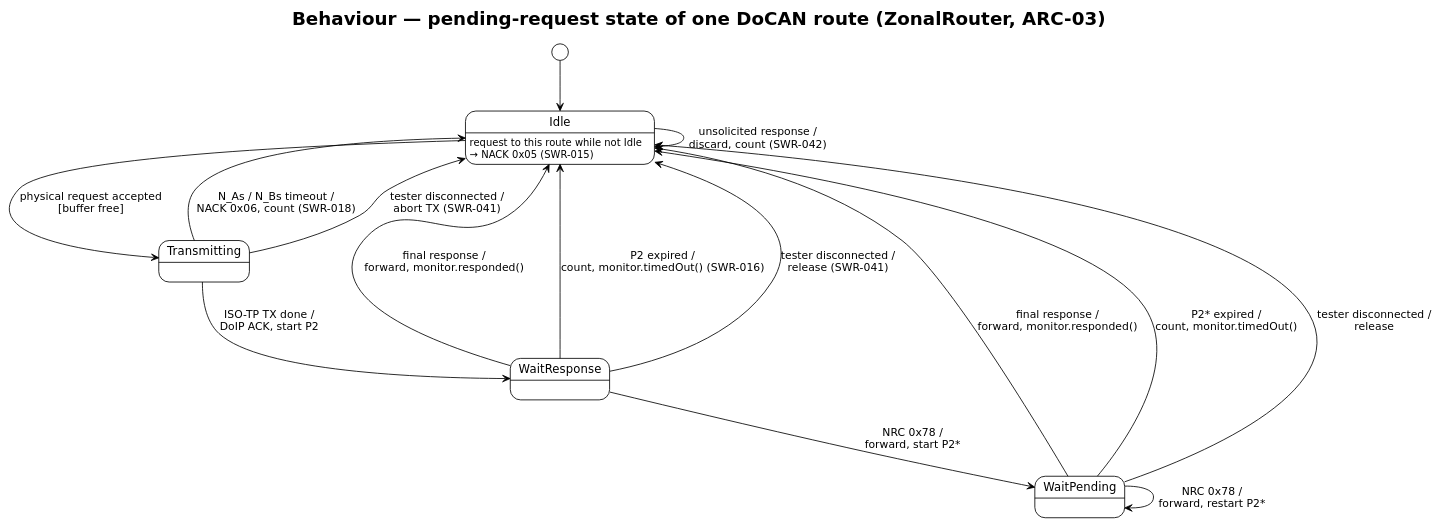
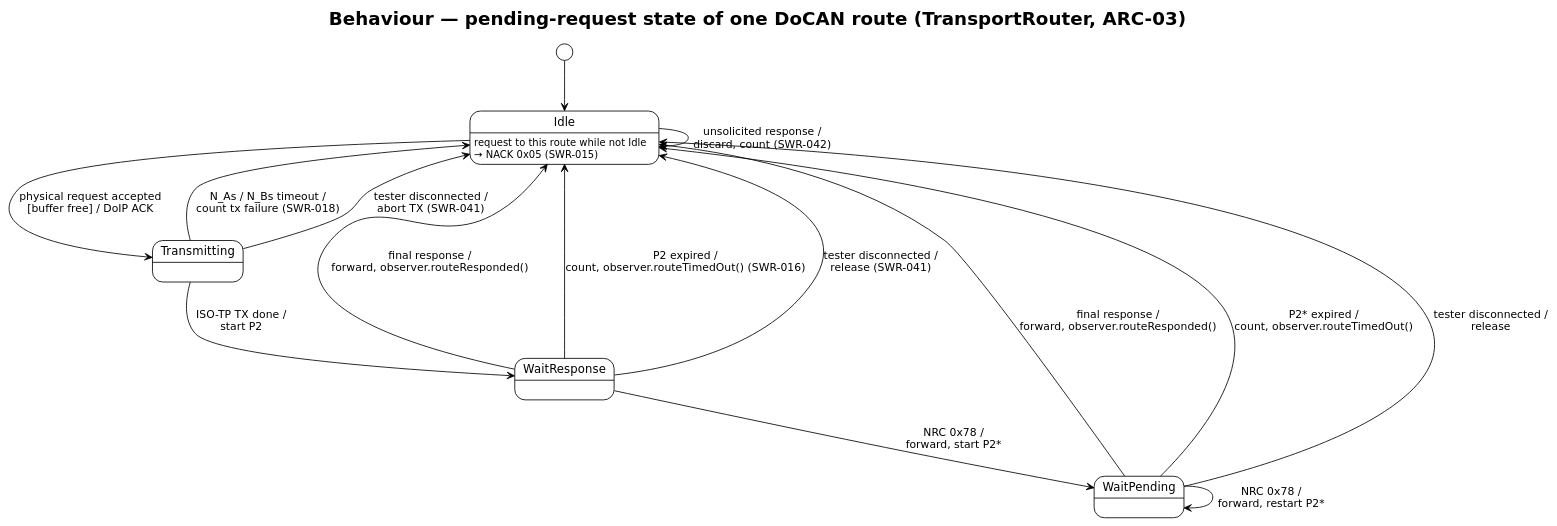
Before and after one commit to Eclipse-SDV-Hackathon-Chapter-Four/Thinking_CAPs: the diagram in OpenBSW/aspice/swe2-architecture/diagrams/route-state.puml, drawn with PlantUML. The commit also changed 48 other files, not shown here.

```diff
--- a/OpenBSW/aspice/swe2-architecture/diagrams/route-state.puml
+++ b/OpenBSW/aspice/swe2-architecture/diagrams/route-state.puml
@@ -1,27 +1,27 @@
 @startuml route-state
 !theme plain
 skinparam defaultFontName "DejaVu Sans"
 skinparam shadowing false
-title Behaviour — pending-request state of one DoCAN route (ZonalRouter, ARC-03)
+title Behaviour — pending-request state of one DoCAN route (TransportRouter, ARC-03)
 
 [*] --> Idle
 
-Idle --> Transmitting : physical request accepted\n[buffer free]
+Idle --> Transmitting : physical request accepted\n[buffer free] / DoIP ACK
 Idle --> Idle : unsolicited response /\ndiscard, count (SWR-042)
 
-Transmitting --> WaitResponse : ISO-TP TX done /\nDoIP ACK, start P2
-Transmitting --> Idle : N_As / N_Bs timeout /\nNACK 0x06, count (SWR-018)
+Transmitting --> WaitResponse : ISO-TP TX done /\nstart P2
+Transmitting --> Idle : N_As / N_Bs timeout /\ncount tx failure (SWR-018)
 Transmitting --> Idle : tester disconnected /\nabort TX (SWR-041)
 
-WaitResponse --> Idle : final response /\nforward, monitor.responded()
+WaitResponse --> Idle : final response /\nforward, observer.routeResponded()
 WaitResponse --> WaitPending : NRC 0x78 /\nforward, start P2*
-WaitResponse --> Idle : P2 expired /\ncount, monitor.timedOut() (SWR-016)
+WaitResponse --> Idle : P2 expired /\ncount, observer.routeTimedOut() (SWR-016)
 WaitResponse --> Idle : tester disconnected /\nrelease (SWR-041)
 
 WaitPending --> WaitPending : NRC 0x78 /\nforward, restart P2*
-WaitPending --> Idle : final response /\nforward, monitor.responded()
-WaitPending --> Idle : P2* expired /\ncount, monitor.timedOut()
+WaitPending --> Idle : final response /\nforward, observer.routeResponded()
+WaitPending --> Idle : P2* expired /\ncount, observer.routeTimedOut()
 WaitPending --> Idle : tester disconnected /\nrelease
 
 state Idle : request to this route while not Idle\n→ NACK 0x05 (SWR-015)
 @enduml
```
